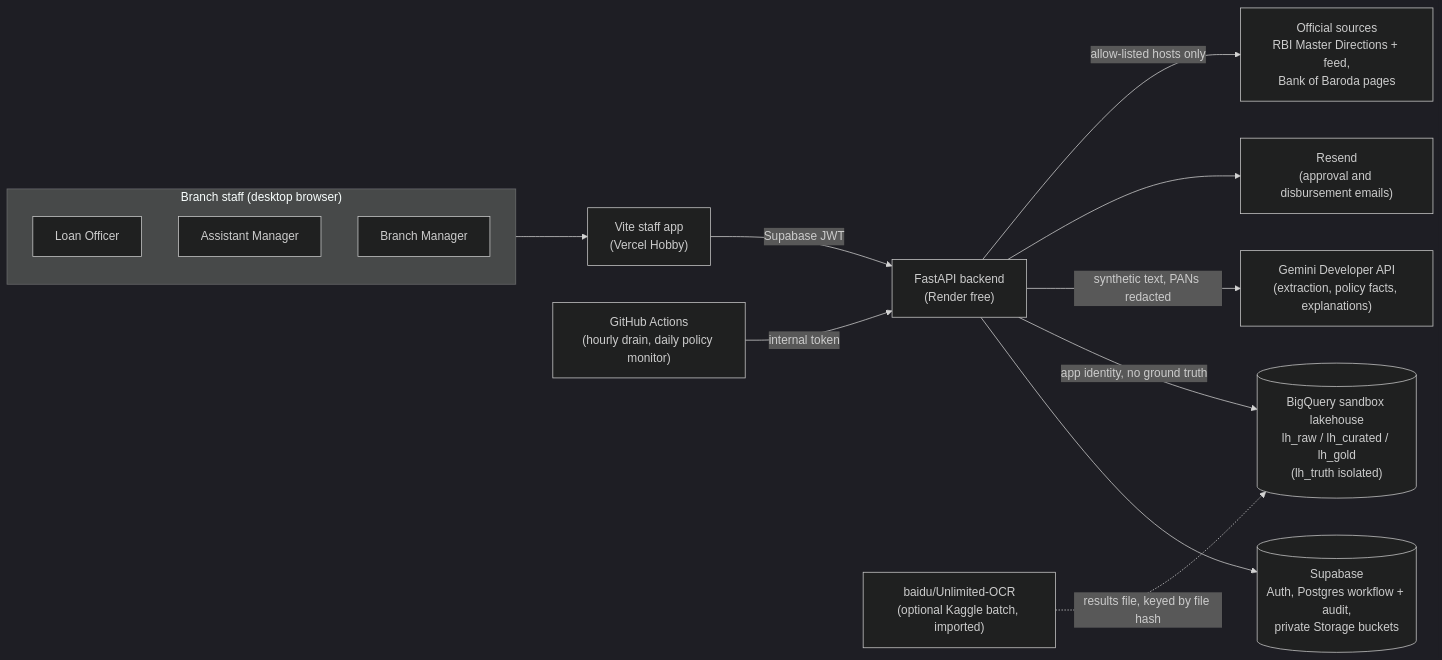
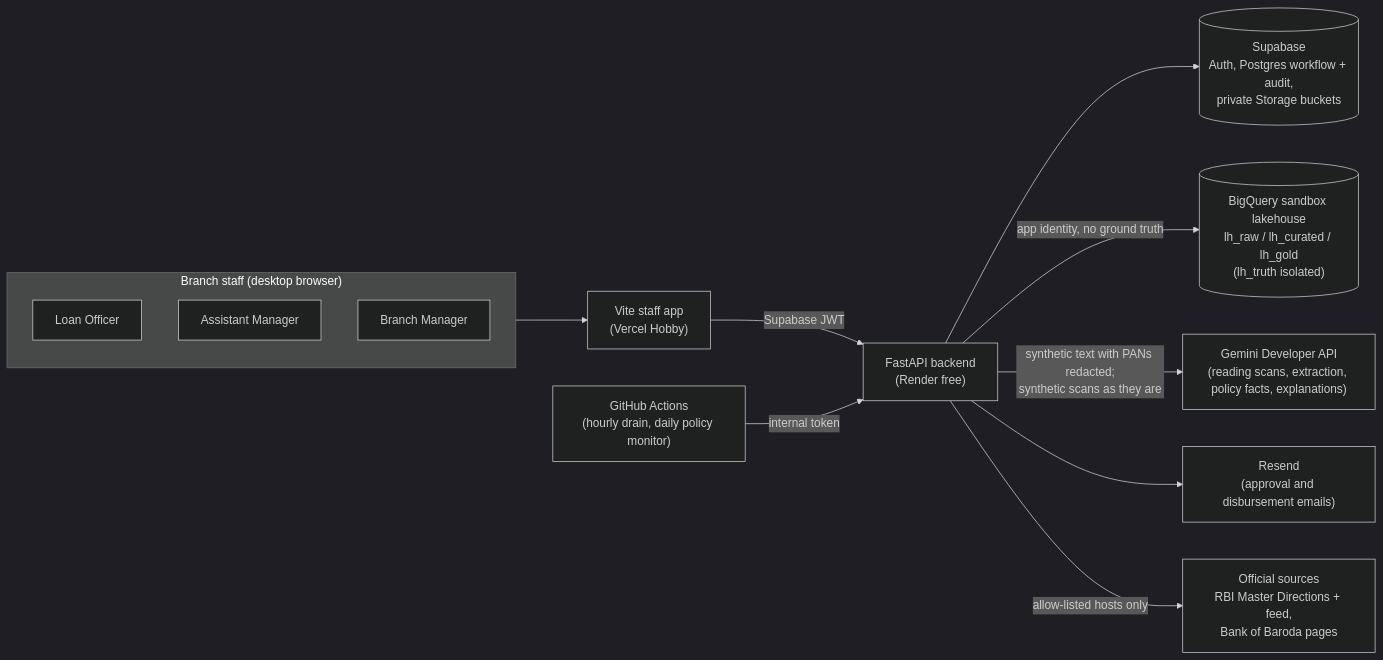
One commit to fbivinay/BOB-Agentic-Loan-Approval-Demo changed the first of 5 diagrams in docs/ARCHITECTURE.md. Above: the diagram before and after it, drawn with Mermaid (dark theme). The commit also changed other lines of this file and 23 other files, not shown here.

First line of the commit message:
Remove Kaggle and Unlimited-OCR: documents are read from the PDF text layer or by Gemini

````diff
--- a/docs/ARCHITECTURE.md
+++ b/docs/ARCHITECTURE.md
@@ -7,26 +7,24 @@
 ```mermaid
 flowchart LR
   subgraph Staff["Branch staff (desktop browser)"]
     LO[Loan Officer]
     AM[Assistant Manager]
     BM[Branch Manager]
   end
   FE["Vite staff app<br/>(Vercel Hobby)"]
   API["FastAPI backend<br/>(Render free)"]
   SB[("Supabase<br/>Auth, Postgres workflow + audit,<br/>private Storage buckets")]
   BQ[("BigQuery sandbox lakehouse<br/>lh_raw / lh_curated / lh_gold<br/>(lh_truth isolated)")]
-  GEM["Gemini Developer API<br/>(extraction, policy facts, explanations)"]
+  GEM["Gemini Developer API<br/>(reading scans, extraction, policy facts, explanations)"]
   RS["Resend<br/>(approval and disbursement emails)"]
   GHA["GitHub Actions<br/>(hourly drain, daily policy monitor)"]
   SRC["Official sources<br/>RBI Master Directions + feed,<br/>Bank of Baroda pages"]
-  OCR["baidu/Unlimited-OCR<br/>(optional Kaggle batch, imported)"]
 
   Staff --> FE -->|Supabase JWT| API
   API --> SB
   API -->|app identity, no ground truth| BQ
-  API -->|synthetic text, PANs redacted| GEM
+  API -->|synthetic text with PANs redacted;<br/>synthetic scans as they are| GEM
   API --> RS
   GHA -->|internal token| API
   API -->|allow-listed hosts only| SRC
-  OCR -.->|results file, keyed by file hash| BQ
 ```
````
